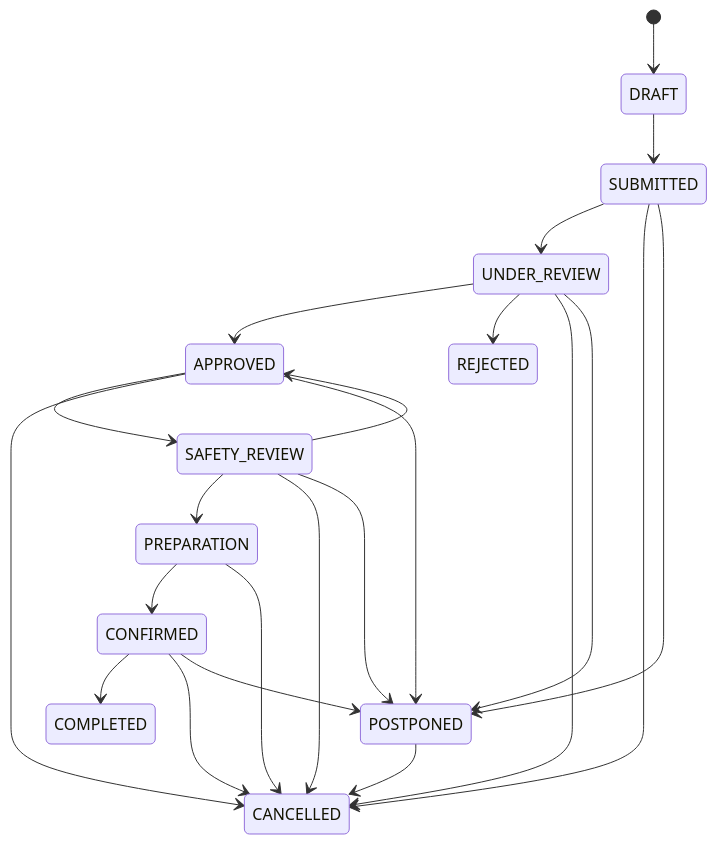
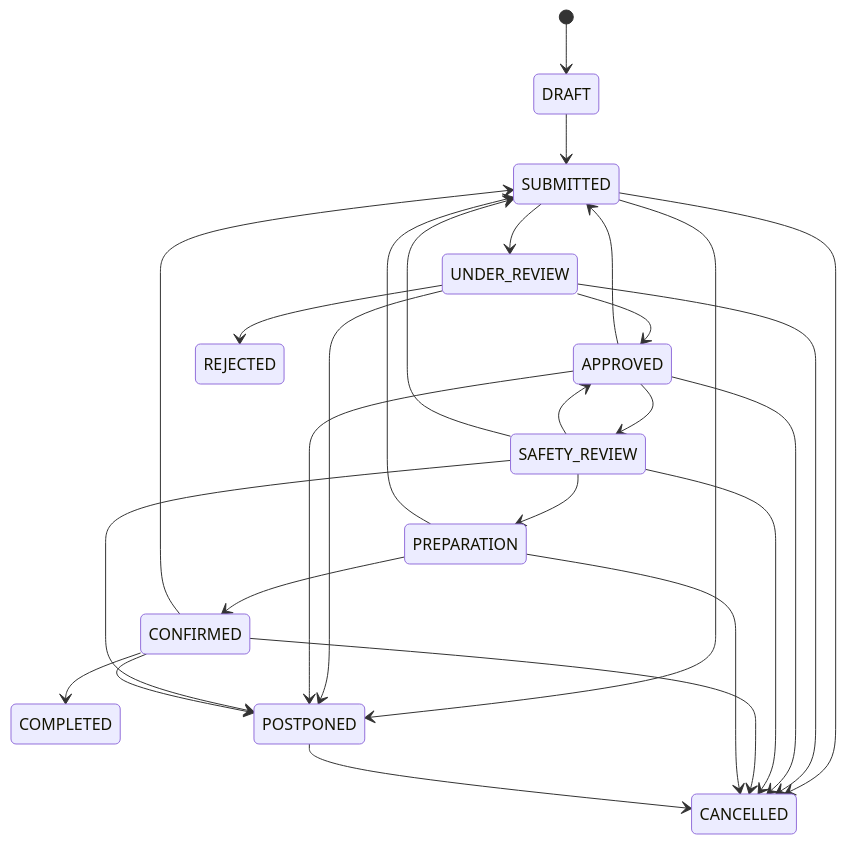
Before and after one commit to leecfryan/SPMG5-ConnectSphere-: the diagram in docs/event-requests.md, drawn with Mermaid. The commit also changed other lines of this file and 3 other files, not shown here.

````diff
--- a/docs/event-requests.md
+++ b/docs/event-requests.md
@@ -104,25 +104,29 @@
 ```mermaid
 stateDiagram-v2
     [*] --> DRAFT
     DRAFT --> SUBMITTED
     SUBMITTED --> UNDER_REVIEW
     UNDER_REVIEW --> APPROVED
     UNDER_REVIEW --> REJECTED
     APPROVED --> SAFETY_REVIEW
     SAFETY_REVIEW --> APPROVED
     SAFETY_REVIEW --> PREPARATION
     CONFIRMED --> COMPLETED
     SUBMITTED --> CANCELLED
     UNDER_REVIEW --> CANCELLED
     APPROVED --> CANCELLED
     SAFETY_REVIEW --> CANCELLED
     CONFIRMED --> CANCELLED
     PREPARATION --> CONFIRMED
     PREPARATION --> CANCELLED
     SUBMITTED --> POSTPONED
     UNDER_REVIEW --> POSTPONED
     APPROVED --> POSTPONED
     SAFETY_REVIEW --> POSTPONED
     CONFIRMED --> POSTPONED
     POSTPONED --> CANCELLED
+    APPROVED --> SUBMITTED
+    SAFETY_REVIEW --> SUBMITTED
+    PREPARATION --> SUBMITTED
+    CONFIRMED --> SUBMITTED
 ```
````
